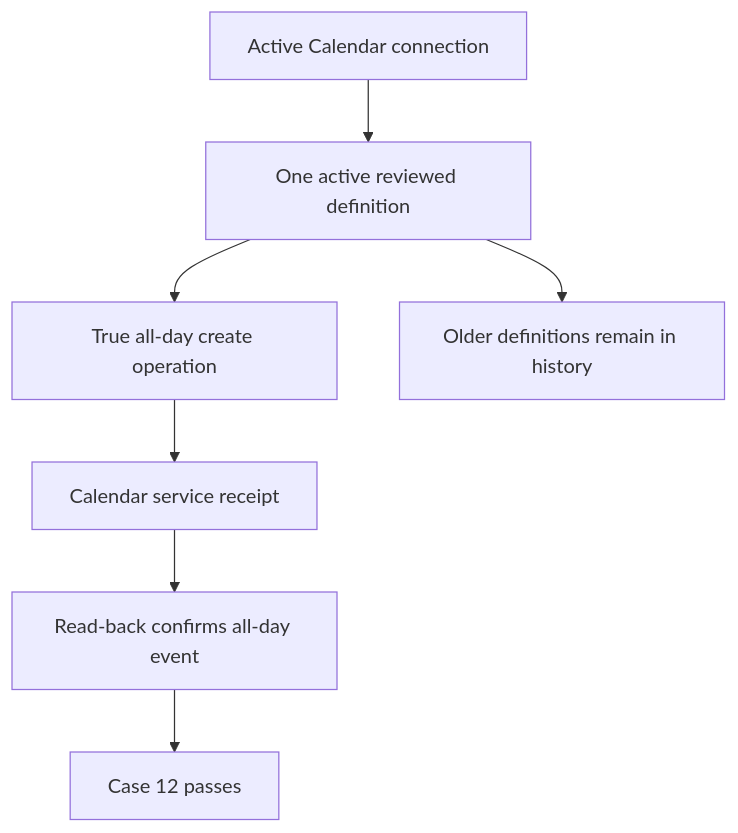
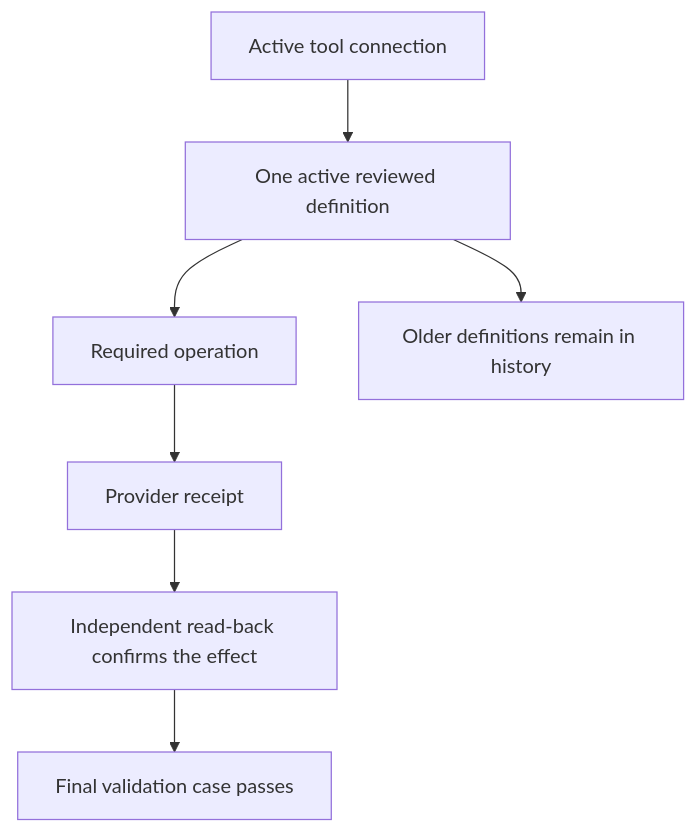
Diagram 22 of 29 in docs/superpowers/plans/2026-08-08-noema-practical-reliability-roadmap.md (kpsuperplane/Noema), drawn with Mermaid before and after one commit. The commit also changed other lines of this file, not shown here.

Commit message:
docs: make reliability roadmap tool-neutral

````diff
--- a/docs/superpowers/plans/2026-08-08-noema-practical-reliability-roadmap.md
+++ b/docs/superpowers/plans/2026-08-08-noema-practical-reliability-roadmap.md
@@ -1096,13 +1097,13 @@
 ```mermaid
 flowchart TD
-    A["Active Calendar connection"]
+    A["Active tool connection"]
     B["One active reviewed definition"]
-    C["True all-day create operation"]
-    D["Calendar service receipt"]
-    E["Read-back confirms all-day event"]
-    F["Case 12 passes"]
+    C["Required operation"]
+    D["Provider receipt"]
+    E["Independent read-back confirms the effect"]
+    F["Final validation case passes"]
     G["Older definitions remain in history"]
 
     A --> B --> C --> D --> E --> F
     B --> G
 ```
````
